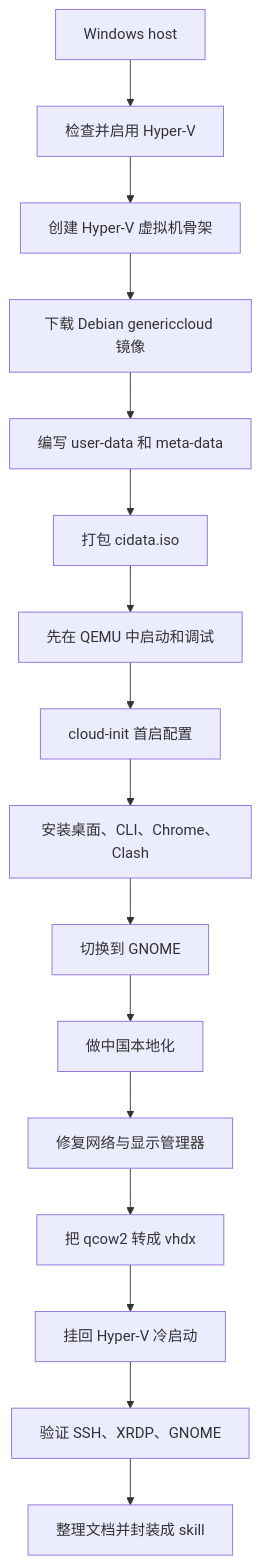
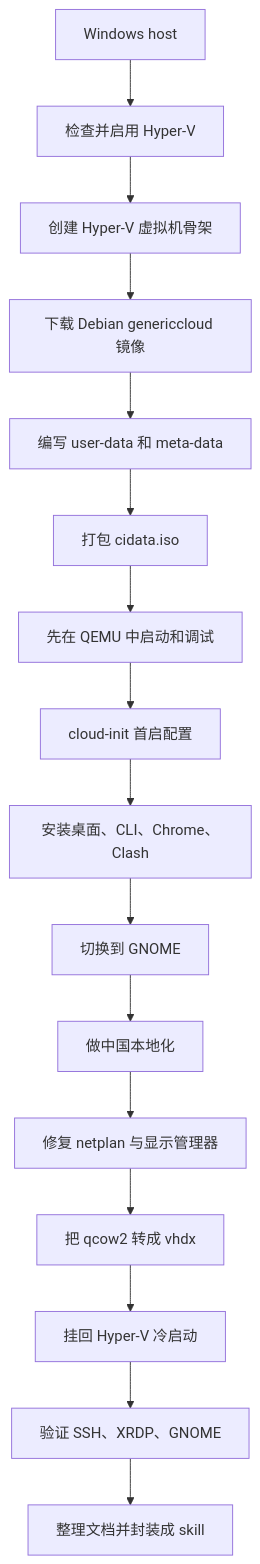
One commit to Bahtya/hyperv-debian-openclaw-skill changed the diagram in README.md. Above: the diagram before and after it, drawn with Mermaid. The commit also changed other lines of this file, not shown here.

````diff
--- a/README.md
+++ b/README.md
@@ -52,18 +121,18 @@
 ```mermaid
 flowchart TD
     A[Windows host] --> B[检查并启用 Hyper-V]
     B --> C[创建 Hyper-V 虚拟机骨架]
     C --> D[下载 Debian genericcloud 镜像]
     D --> E[编写 user-data 和 meta-data]
     E --> F[打包 cidata.iso]
     F --> G[先在 QEMU 中启动和调试]
     G --> H[cloud-init 首启配置]
     H --> I[安装桌面、CLI、Chrome、Clash]
     I --> J[切换到 GNOME]
     J --> K[做中国本地化]
-    K --> L[修复网络与显示管理器]
+    K --> L[修复 netplan 与显示管理器]
     L --> M[把 qcow2 转成 vhdx]
     M --> N[挂回 Hyper-V 冷启动]
     N --> O[验证 SSH、XRDP、GNOME]
     O --> P[整理文档并封装成 skill]
 ```
````
